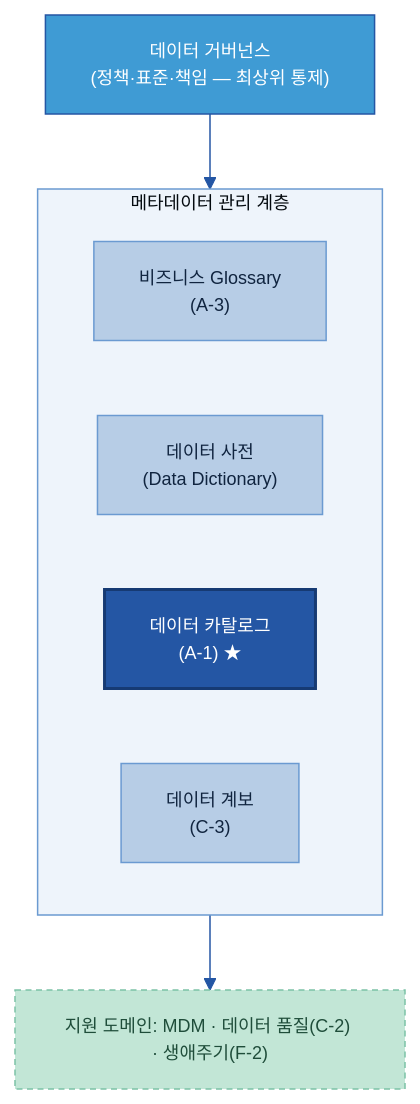
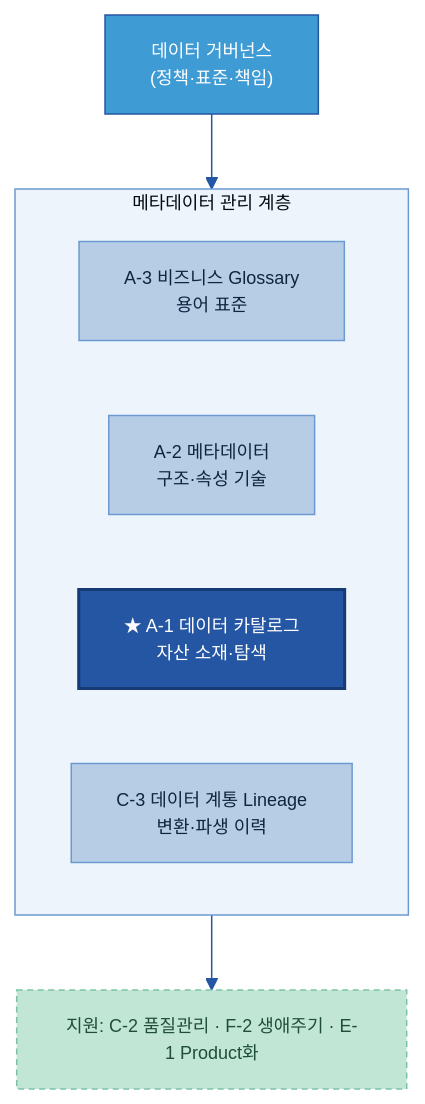
Before and after one commit to jin-kearney/ai-ready-data-manual: diagram 11 of 12 in 가이드 작성/A-1 데이터 카탈로그/A-1 데이터 카탈로그.md, drawn with Mermaid. The commit also changed other lines of this file and 6 other files, not shown here.

````diff
--- a/가이드 작성/A-1 데이터 카탈로그/A-1 데이터 카탈로그.md
+++ b/가이드 작성/A-1 데이터 카탈로그/A-1 데이터 카탈로그.md
@@ -1489,18 +845,18 @@
 ```mermaid
 %%{init: {'theme':'base','themeVariables':{'primaryColor':'#DCE8F5','primaryBorderColor':'#2456A4','primaryTextColor':'#10243f','lineColor':'#2456A4','clusterBkg':'#EEF4FB','clusterBorder':'#6B9AD1','fontSize':'12px'}}}%%
 flowchart TB
-    GOV["데이터 거버넌스<br/>(정책·표준·책임 — 최상위 통제)"]:::gate
+    GOV["데이터 거버넌스<br/>(정책·표준·책임)"]:::gate
     subgraph META["메타데이터 관리 계층"]
         direction LR
-        GL["비즈니스 Glossary<br/>(A-3)"]:::n
-        DICT["데이터 사전<br/>(Data Dictionary)"]:::n
-        CAT["데이터 카탈로그<br/>(A-1) ★"]:::cat
-        LIN["데이터 계보<br/>(C-3)"]:::n
+        GL["A-3 비즈니스 Glossary<br/>용어 표준"]:::n
+        DICT["A-2 메타데이터<br/>구조·속성 기술"]:::n
+        CAT["★ A-1 데이터 카탈로그<br/>자산 소재·탐색"]:::cat
+        LIN["C-3 데이터 계통 Lineage<br/>변환·파생 이력"]:::n
     end
-    SUP["지원 도메인: MDM · 데이터 품질(C-2) · 생애주기(F-2)"]:::cross
+    SUP["지원: C-2 품질관리 · F-2 생애주기 · E-1 Product화"]:::cross
     GOV --> META --> SUP
     classDef n fill:#B7CDE6,stroke:#6B9AD1,color:#10243f;
     classDef cat fill:#2456A4,color:#fff,stroke:#163a73,stroke-width:2px;
     classDef gate fill:#3F9BD4,stroke:#2456A4,color:#fff;
     classDef cross fill:#C2E6D6,stroke:#7CC2A7,color:#1f4d3a,stroke-dasharray:4 3;
 ```
````
